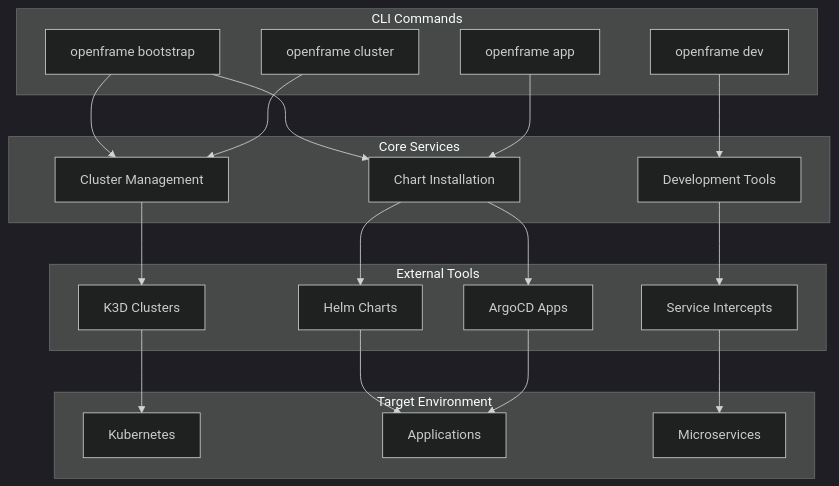
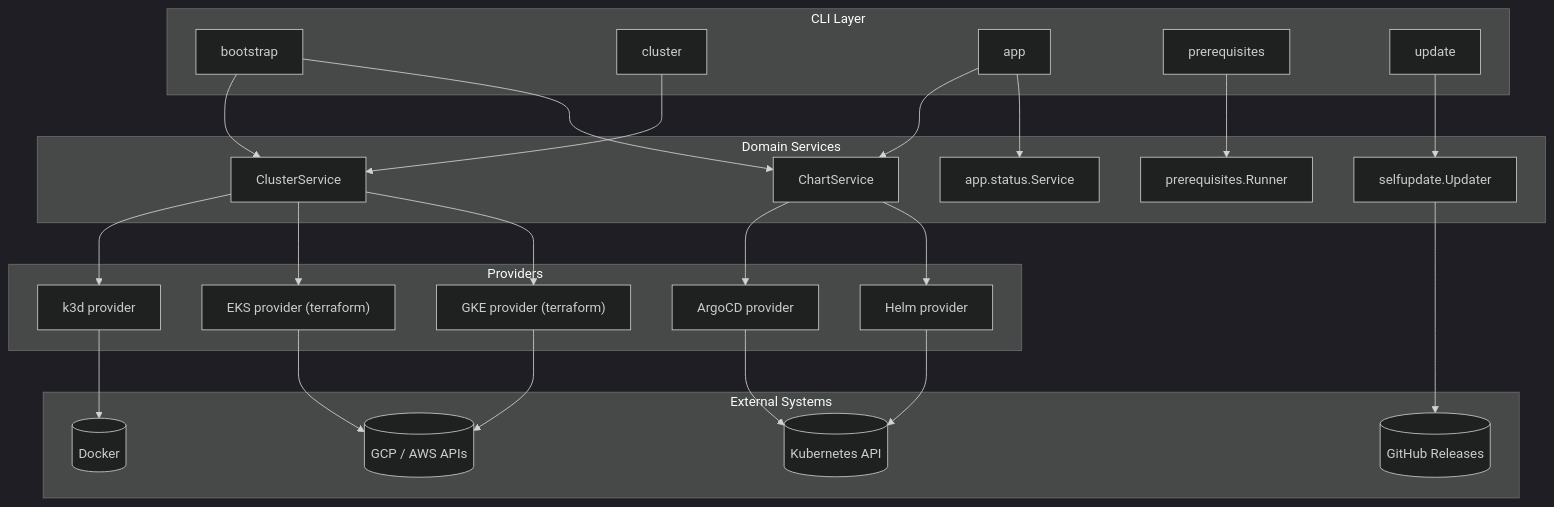
One commit to clydejordaan/openframe-cli changed the diagram in README.md. Above: the diagram before and after it, drawn with Mermaid (dark theme). The commit also changed other lines of this file and 134 other files, not shown here.

````diff
--- a/README.md
+++ b/README.md
@@ -51,44 +108,54 @@
 ```mermaid
 graph TB
-    subgraph "CLI Commands"
-        Bootstrap[openframe bootstrap]
-        Cluster[openframe cluster]
-        App[openframe app]
-        Dev[openframe dev]
+    subgraph "CLI Layer"
+        Bootstrap[bootstrap]
+        Cluster[cluster]
+        App[app]
+        Prereq[prerequisites]
+        Update[update]
     end
-    
-    subgraph "Core Services"
-        ClusterSvc[Cluster Management]
-        ChartSvc[Chart Installation]
-        DevSvc[Development Tools]
+
+    subgraph "Domain Services"
+        ClusterSvc["ClusterService"]
+        ChartSvc["ChartService"]
+        AppStatus["app.status.Service"]
+        PrereqFw["prerequisites.Runner"]
+        SelfUpdate["selfupdate.Updater"]
     end
-    
-    subgraph "External Tools"
-        K3D[K3D Clusters]
-        Helm[Helm Charts]
-        ArgoCD[ArgoCD Apps]
-        Telepresence[Service Intercepts]
+
+    subgraph "Providers"
+        K3d["k3d provider"]
+        EKS["EKS provider (terraform)"]
+        GKE["GKE provider (terraform)"]
+        ArgoCD["ArgoCD provider"]
+        Helm["Helm provider"]
     end
-    
-    subgraph "Target Environment"
-        K8s[Kubernetes]
-        Apps[Applications]
-        Services[Microservices]
+
+    subgraph "External Systems"
+        Docker[(Docker)]
+        K8sAPI[(Kubernetes API)]
+        CloudAPI[(GCP / AWS APIs)]
+        GitHub[(GitHub Releases)]
     end
-    
+
     Bootstrap --> ClusterSvc
     Bootstrap --> ChartSvc
     Cluster --> ClusterSvc
     App --> ChartSvc
-    Dev --> DevSvc
-    
-    ClusterSvc --> K3D
+    App --> AppStatus
+    Prereq --> PrereqFw
+    Update --> SelfUpdate
+
+    ClusterSvc --> K3d
+    ClusterSvc --> EKS
+    ClusterSvc --> GKE
+    ChartSvc --> ArgoCD
     ChartSvc --> Helm
-    ChartSvc --> ArgoCD
-    DevSvc --> Telepresence
-    
-    K3D --> K8s
-    Helm --> Apps
-    ArgoCD --> Apps
-    Telepresence --> Services
+
+    K3d --> Docker
+    EKS --> CloudAPI
+    GKE --> CloudAPI
+    ArgoCD --> K8sAPI
+    Helm --> K8sAPI
+    SelfUpdate --> GitHub
 ```
````
